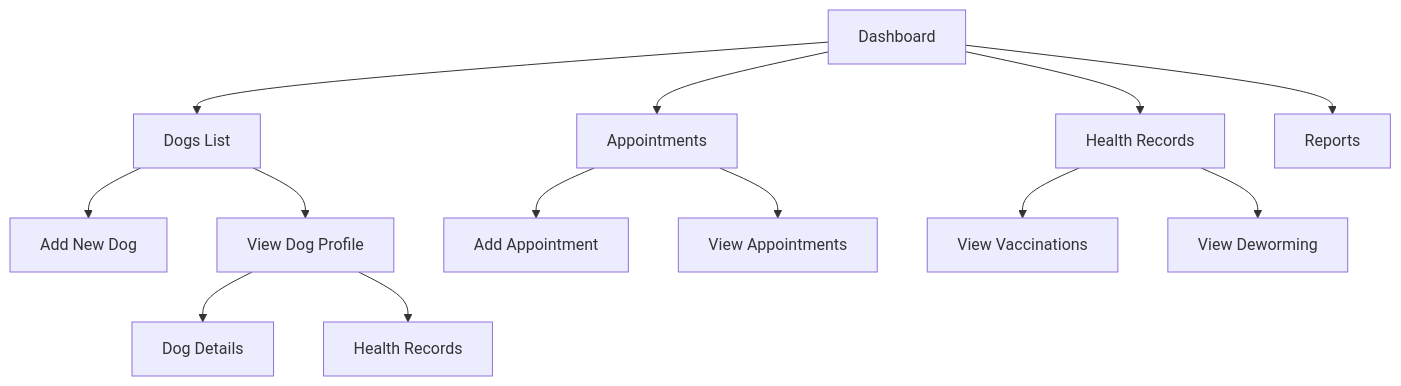
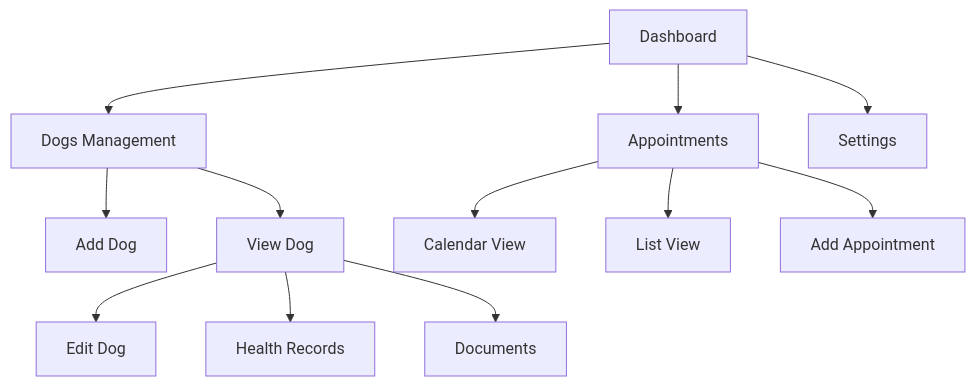
The second of 2 diagrams in docs/USER_FLOWS.md (swaasth/pet_arogya), drawn with Mermaid before and after one commit. The commit also changed other lines of this file and 2 other files, not shown here.

````diff
--- a/docs/USER_FLOWS.md
+++ b/docs/USER_FLOWS.md
@@ -5,15 +16,16 @@
 ```mermaid
 graph TD
-A[Dashboard] --> B[Dogs List]
+A[Dashboard] --> B[Dogs Management]
 A --> C[Appointments]
-A --> D[Health Records]
-A --> E[Reports]
-B --> F[Add New Dog]
-B --> G[View Dog Profile]
-G --> H[Dog Details]
-G --> I[Health Records]
-C --> J[Add Appointment]
-C --> K[View Appointments]
-D --> L[View Vaccinations]
-D --> M[View Deworming]
+A --> D[Settings]
+
+B --> E[Add Dog]
+B --> F[View Dog]
+F --> G[Edit Dog]
+F --> H[Health Records]
+F --> I[Documents]
+
+C --> J[Calendar View]
+C --> K[List View]
+C --> L[Add Appointment]
 ```
````
